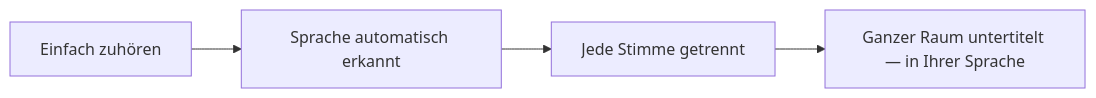
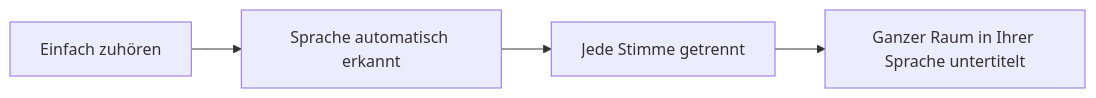
The first of 4 diagrams in README_de.md (rpalm01-star/VigilantEarLegal), drawn with Mermaid before and after one commit. The commit also changed other lines of this file and 29 other files, not shown here.

````diff
--- a/README_de.md
+++ b/README_de.md
@@ -62,4 +65,4 @@
 ```mermaid
 graph LR
-    A["Einfach zuhören"] --> B["Sprache automatisch erkannt"] --> C["Jede Stimme getrennt"] --> D["Ganzer Raum untertitelt — in Ihrer Sprache"]
+    A["Einfach zuhören"] --> B["Sprache automatisch erkannt"] --> C["Jede Stimme getrennt"] --> D["Ganzer Raum in Ihrer Sprache untertitelt"]
 ```
````
